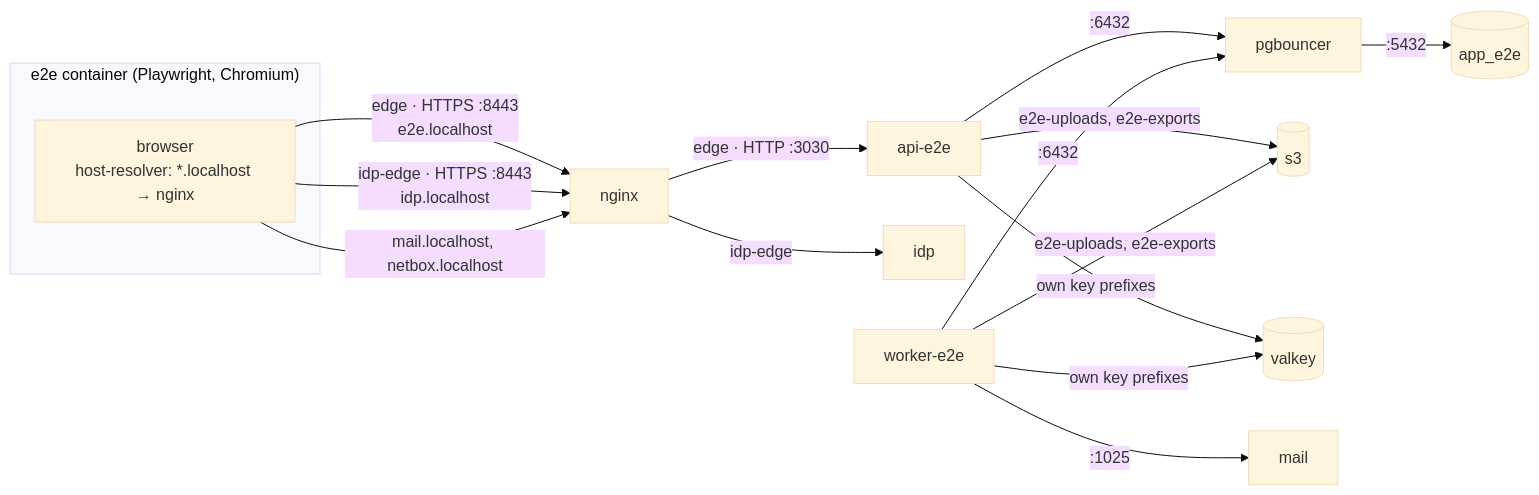
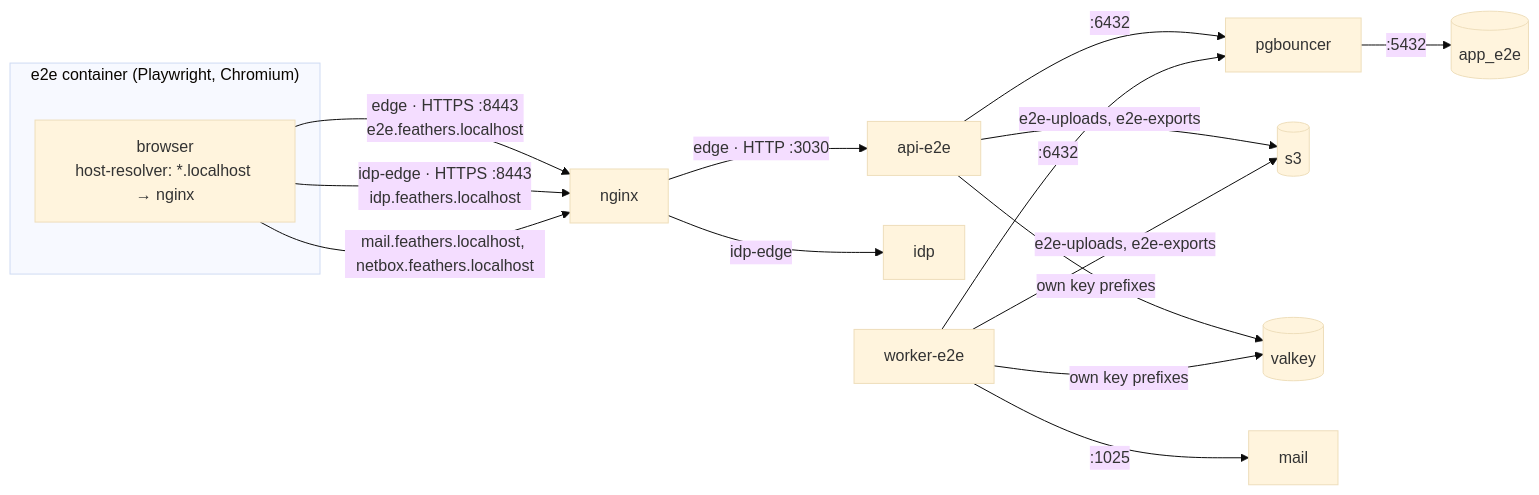
Before and after one commit to rabalyn/feathers-skeleton-stack: the second of 3 diagrams in docs/adr_v2/diagrams/testing.md, drawn with Mermaid (base theme). The commit also changed other lines of this file and 72 other files, not shown here.

````diff
--- a/docs/adr_v2/diagrams/testing.md
+++ b/docs/adr_v2/diagrams/testing.md
@@ -35,19 +35,19 @@
 ```mermaid
 flowchart LR
   subgraph e2eBox["e2e container (Playwright, Chromium)"]
     pw["browser<br>host-resolver: *.localhost → nginx"]
   end
 
-  pw -->|"edge · HTTPS :8443<br>e2e.localhost"| nginx["nginx"]
-  pw -->|"idp-edge · HTTPS :8443<br>idp.localhost"| nginx
-  pw -->|"mail.localhost, netbox.localhost"| nginx
+  pw -->|"edge · HTTPS :8443<br>e2e.feathers.localhost"| nginx["nginx"]
+  pw -->|"idp-edge · HTTPS :8443<br>idp.feathers.localhost"| nginx
+  pw -->|"mail.feathers.localhost, netbox.feathers.localhost"| nginx
 
   nginx -->|"edge · HTTP :3030"| apiE2e["api-e2e"]
   nginx -->|"idp-edge"| idp["idp"]
 
   apiE2e -->|":6432"| pgb["pgbouncer"] -->|":5432"| appE2e[("app_e2e")]
   workerE2e["worker-e2e"] -->|":6432"| pgb
   apiE2e & workerE2e -->|"e2e-uploads, e2e-exports"| s3[("s3")]
   apiE2e & workerE2e -->|"own key prefixes"| valkey[("valkey")]
   workerE2e -->|":1025"| mail["mail"]
 ```
````
